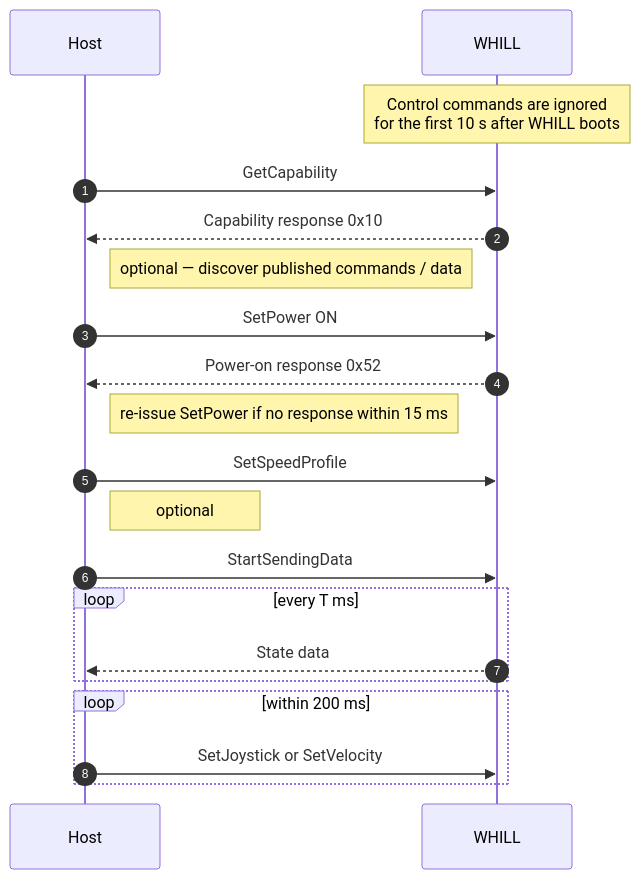
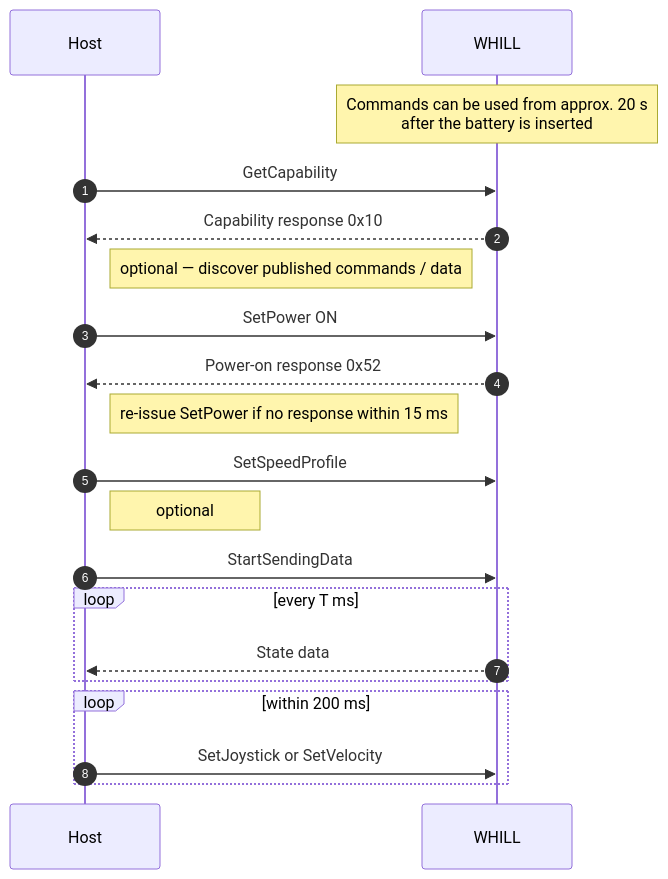
The first of 8 diagrams in doc/WHILL_Serial_API_Specification.md (GeorgeMandokoro/WHILL_Serial_API), drawn with Mermaid before and after one commit. The commit also changed other lines of this file, not shown here.

````diff
--- a/doc/WHILL_Serial_API_Specification.md
+++ b/doc/WHILL_Serial_API_Specification.md
@@ -39,22 +44,22 @@
 ```mermaid
 sequenceDiagram
     autonumber
     participant H as Host
     participant W as WHILL
-    Note over W: Control commands are ignored<br/>for the first 10 s after WHILL boots
+    Note over W: Commands can be used from approx. 20 s<br/>after the battery is inserted
     H->>W: GetCapability
     W-->>H: Capability response 0x10
     Note right of H: optional — discover published commands / data
     H->>W: SetPower ON
     W-->>H: Power-on response 0x52
     Note right of H: re-issue SetPower if no response within 15 ms
     H->>W: SetSpeedProfile
     Note right of H: optional
     H->>W: StartSendingData
     loop every T ms
         W-->>H: State data
     end
     loop within 200 ms
         H->>W: SetJoystick or SetVelocity
     end
 ```
````
